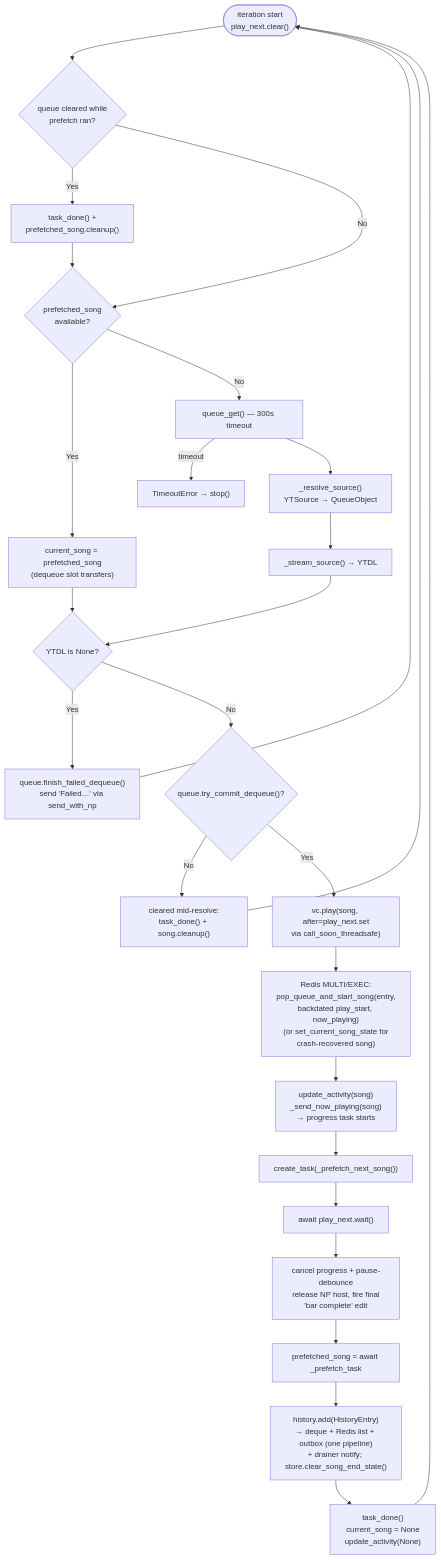
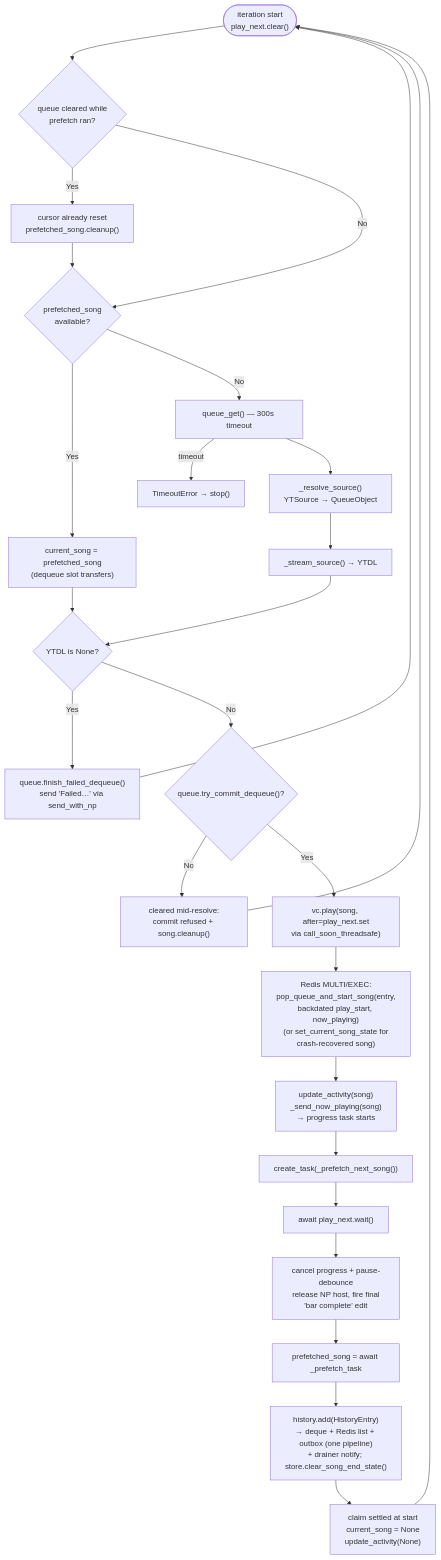
One commit to kawadeomkar/discord-music-bot changed the tenth of 15 diagrams in docs/ARCHITECTURE.md. Above: the diagram before and after it, drawn with Mermaid. The commit also changed other lines of this file and 4 other files, not shown here.

````diff
--- a/docs/ARCHITECTURE.md
+++ b/docs/ARCHITECTURE.md
@@ -568,38 +568,38 @@
 ```mermaid
 flowchart TD
     Start(["iteration start\nplay_next.clear()"])
     Cleared{"queue cleared while\nprefetch ran?"}
-    DropPF["task_done() +\nprefetched_song.cleanup()"]
+    DropPF["cursor already reset\nprefetched_song.cleanup()"]
     HavePF{"prefetched_song\navailable?"}
     UsePF["current_song = prefetched_song\n(dequeue slot transfers)"]
     GetQueue["queue_get() — 300s timeout"]
     Timeout["TimeoutError → stop()"]
     Resolve["_resolve_source()\nYTSource → QueueObject"]
     Stream["_stream_source() → YTDL"]
     Failed{"YTDL is None?"}
     FailPop["queue.finish_failed_dequeue()\nsend 'Failed…' via send_with_np"]
     Commit{"queue.try_commit_dequeue()?"}
-    Discard["cleared mid-resolve:\ntask_done() + song.cleanup()"]
+    Discard["cleared mid-resolve:\ncommit refused + song.cleanup()"]
     Play["vc.play(song, after=play_next.set\nvia call_soon_threadsafe)"]
     Persist["Redis MULTI/EXEC:\npop_queue_and_start_song(entry,\nbackdated play_start, now_playing)\n(or set_current_song_state for\ncrash-recovered song)"]
     NP["update_activity(song)\n_send_now_playing(song)\n→ progress task starts"]
     Prefetch["create_task(_prefetch_next_song())"]
     Wait["await play_next.wait()"]
     Retire["cancel progress + pause-debounce\nrelease NP host, fire final\n'bar complete' edit"]
     Collect["prefetched_song = await _prefetch_task"]
     History["history.add(HistoryEntry)\n→ deque + Redis list + outbox (one pipeline)\n+ drainer notify; store.clear_song_end_state()"]
-    Done["task_done()\ncurrent_song = None\nupdate_activity(None)"]
+    Done["claim settled at start\ncurrent_song = None\nupdate_activity(None)"]
 
     Start --> Cleared
     Cleared -->|Yes| DropPF --> HavePF
     Cleared -->|No| HavePF
     HavePF -->|Yes| UsePF --> Failed
     HavePF -->|No| GetQueue
     GetQueue -->|timeout| Timeout
     GetQueue --> Resolve --> Stream --> Failed
     Failed -->|Yes| FailPop --> Start
     Failed -->|No| Commit
     Commit -->|No| Discard --> Start
     Commit -->|Yes| Play --> Persist --> NP --> Prefetch --> Wait
     Wait --> Retire --> Collect --> History --> Done --> Start
 ```
````
